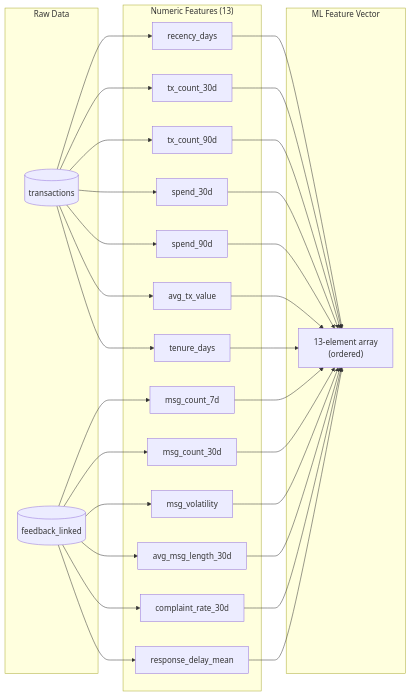
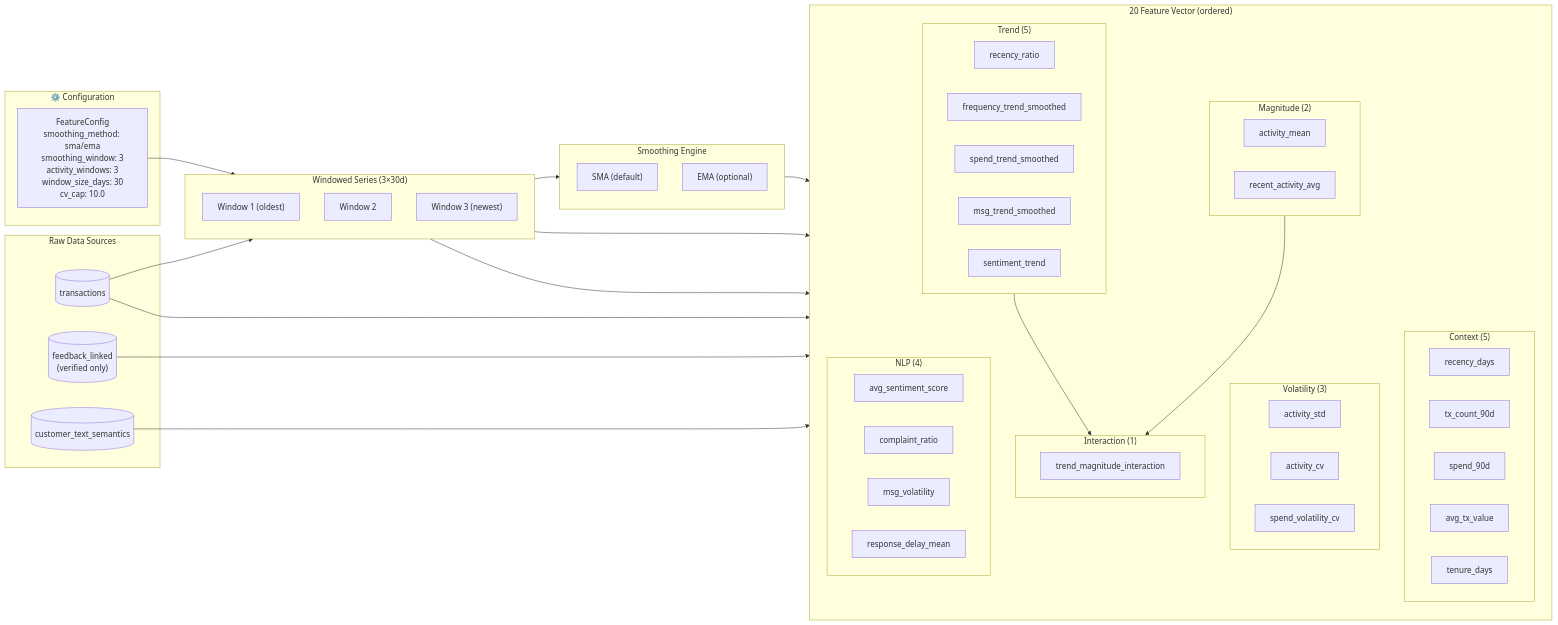
One commit to adamsafril19/Customer-Analitycs--Mamina- changed the fifth of 15 diagrams in DOKUMENTASI_SISTEM.md. Above: the diagram before and after it, drawn with Mermaid. The commit also changed other lines of this file and 21 other files, not shown here.

````diff
--- a/DOKUMENTASI_SISTEM.md
+++ b/DOKUMENTASI_SISTEM.md
@@ -280,56 +315,71 @@
 ```mermaid
 flowchart LR
-    subgraph RAW_DATA["Raw Data"]
+    subgraph RAW_DATA["Raw Data Sources"]
         TX[("transactions")]
-        MSG[("feedback_linked")]
+        MSG[("feedback_linked<br/>(verified only)")]
+        SEM[("customer_text_semantics")]
     end
 
-    subgraph NUMERIC["Numeric Features (13)"]
-        R["recency_days"]
-        TC30["tx_count_30d"]
-        TC90["tx_count_90d"]
-        S30["spend_30d"]
-        S90["spend_90d"]
-        AVG["avg_tx_value"]
-        TEN["tenure_days"]
-        MC7["msg_count_7d"]
-        MC30["msg_count_30d"]
-        VOL["msg_volatility"]
-        LEN["avg_msg_length_30d"]
-        COMP["complaint_rate_30d"]
-        DELAY["response_delay_mean"]
+    subgraph CONFIG["⚙️ Configuration"]
+        FC["FeatureConfig<br/>smoothing_method: sma/ema<br/>smoothing_window: 3<br/>activity_windows: 3<br/>window_size_days: 30<br/>cv_cap: 10.0"]
     end
 
-    subgraph ML_VECTOR["ML Feature Vector"]
-        VEC["13-element array<br/>(ordered)"]
+    subgraph WINDOWED["Windowed Series (3×30d)"]
+        W1["Window 1 (oldest)"]
+        W2["Window 2"]
+        W3["Window 3 (newest)"]
     end
 
-    TX --> R
-    TX --> TC30
-    TX --> TC90
-    TX --> S30
-    TX --> S90
-    TX --> AVG
-    TX --> TEN
+    subgraph SMOOTHING["Smoothing Engine"]
+        SMA["SMA (default)"]
+        EMA["EMA (optional)"]
+    end
 
-    MSG --> MC7
-    MSG --> MC30
-    MSG --> VOL
-    MSG --> LEN
-    MSG --> COMP
-    MSG --> DELAY
+    subgraph FEATURES["20 Feature Vector (ordered)"]
+        direction TB
+        subgraph TREND["Trend (5)"]
+            F1["recency_ratio"]
+            F2["frequency_trend_smoothed"]
+            F3["spend_trend_smoothed"]
+            F4["msg_trend_smoothed"]
+            F5["sentiment_trend"]
+        end
+        subgraph CONTEXT["Context (5)"]
+            F6["recency_days"]
+            F7["tx_count_90d"]
+            F8["spend_90d"]
+            F9["avg_tx_value"]
+            F10["tenure_days"]
+        end
+        subgraph MAGNITUDE["Magnitude (2)"]
+            F11["activity_mean"]
+            F12["recent_activity_avg"]
+        end
+        subgraph VOLATILITY["Volatility (3)"]
+            F13["activity_std"]
+            F14["activity_cv"]
+            F15["spend_volatility_cv"]
+        end
+        subgraph INTERACTION["Interaction (1)"]
+            F16["trend_magnitude_interaction"]
+        end
+        subgraph NLP["NLP (4)"]
+            F17["avg_sentiment_score"]
+            F18["complaint_ratio"]
+            F19["msg_volatility"]
+            F20["response_delay_mean"]
+        end
+    end
 
-    R --> VEC
-    TC30 --> VEC
-    TC90 --> VEC
-    S30 --> VEC
-    S90 --> VEC
-    AVG --> VEC
-    TEN --> VEC
-    MC7 --> VEC
-    MC30 --> VEC
-    VOL --> VEC
-    LEN --> VEC
-    COMP --> VEC
-    DELAY --> VEC
+    TX --> WINDOWED
+    FC --> WINDOWED
+    WINDOWED --> SMOOTHING
+    SMOOTHING --> TREND
+    WINDOWED --> MAGNITUDE
+    WINDOWED --> VOLATILITY
+    TREND --> INTERACTION
+    MAGNITUDE --> INTERACTION
+    MSG --> NLP
+    SEM --> TREND
+    TX --> CONTEXT
 ```
````
